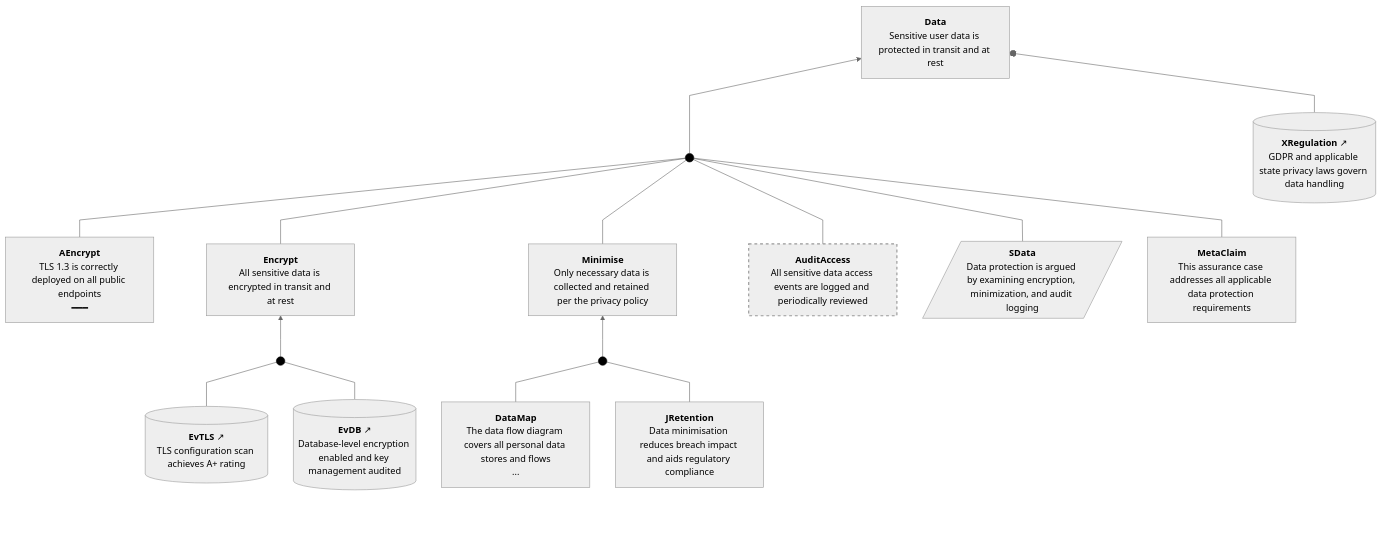
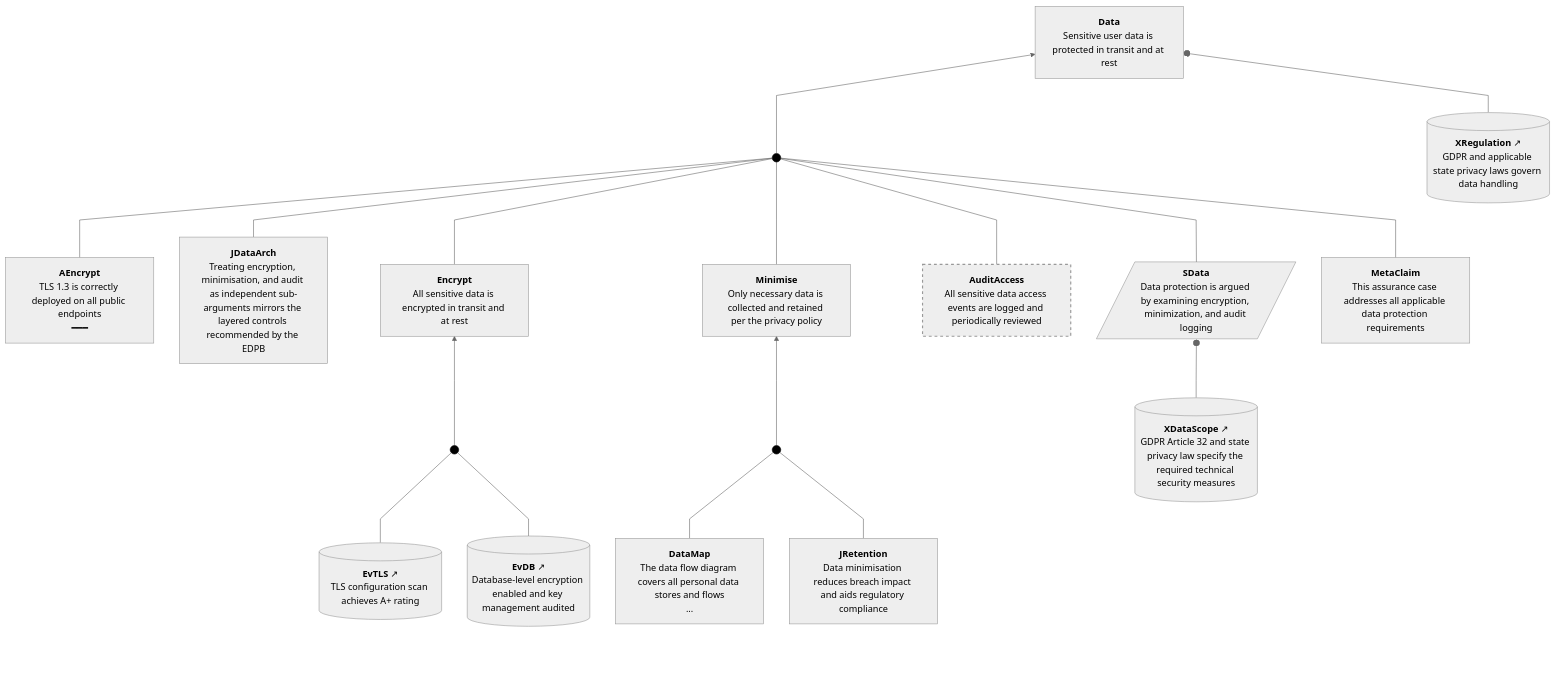
Before and after one commit to david-a-wheeler/caseproc: the third of 12 diagrams in tests/fixtures/demo-output.expected.md, drawn with Mermaid. The commit also changed other lines of this file and 3 other files, not shown here.

First line of the commit message:
Add GSN side-by-side rendering for Strategy Context/Justification children

````diff
--- a/tests/fixtures/demo-output.expected.md
+++ b/tests/fixtures/demo-output.expected.md
@@ -147,68 +159,75 @@
 ```mermaid
 ---
 config:
   theme: neutral
   flowchart:
     curve: linear
     htmlLabels: true
     rankSpacing: 60
     nodeSpacing: 45
     padding: 15
 ---
 flowchart BT
     classDef invisible opacity:0
     classDef sacmDot fill:#000,stroke:#000
     classDef connector fill:none,stroke:#cccccc,stroke-width:1px;
     classDef abstractClaim stroke-width:2px,stroke-dasharray: 5 5;
     Data["<b>Data</b><br>Sensitive user data is protected in transit and at rest"]
     XRegulation[("<b>XRegulation</b>&nbsp;↗<br>GDPR and applicable state privacy laws govern data handling")]
     AEncrypt["<b>AEncrypt</b><br>TLS 1.3 is correctly deployed on all public endpoints<br>━━━"]
     SData[/"<b>SData</b><br>Data protection is argued by examining encryption, minimization, and audit logging"/]
     MetaClaim["<b>MetaClaim</b><br>This assurance case addresses all applicable data protection requirements"]
+    XDataScope[("<b>XDataScope</b>&nbsp;↗<br>GDPR Article 32 and state privacy law specify the required technical security measures")]
+    JDataArch["<b>JDataArch</b><br>Treating encryption, minimisation, and audit as independent sub-arguments mirrors the layered controls recommended by the EDPB"]
     Encrypt["<b>Encrypt</b><br>All sensitive data is encrypted in transit and at rest"]
     Minimise["<b>Minimise</b><br>Only necessary data is collected and retained per the privacy policy"]
     AuditAccess["<b>AuditAccess</b><br>All sensitive data access events are logged and periodically reviewed"]:::abstractClaim
     EvTLS[("<b>EvTLS</b>&nbsp;↗<br>TLS configuration scan achieves A+ rating")]
     EvDB[("<b>EvDB</b>&nbsp;↗<br>Database-level encryption enabled and key management audited")]
     DataMap["<b>DataMap</b><br>The data flow diagram covers all personal data stores and flows<br>..."]
     JRetention["<b>JRetention</b><br>Data minimisation reduces breach impact and aids regulatory compliance"]
     Dot1((" ")):::sacmDot
     Dot2((" ")):::sacmDot
     Dot3((" ")):::sacmDot
     click Data "https://github.com/david-a-wheeler/verocase/blob/main/tests/fixtures/demo-output.expected.md#claim-data"
     click XRegulation "https://github.com/david-a-wheeler/verocase/blob/main/tests/fixtures/demo-output.expected.md#context-xregulation"
     click AEncrypt "https://github.com/david-a-wheeler/verocase/blob/main/tests/fixtures/demo-output.expected.md#claim-aencrypt"
     click SData "https://github.com/david-a-wheeler/verocase/blob/main/tests/fixtures/demo-output.expected.md#strategy-sdata"
     click MetaClaim "https://github.com/david-a-wheeler/verocase/blob/main/tests/fixtures/demo-output.expected.md#claim-metaclaim"
+    click XDataScope "https://github.com/david-a-wheeler/verocase/blob/main/tests/fixtures/demo-output.expected.md#context-xdatascope"
+    click JDataArch "https://github.com/david-a-wheeler/verocase/blob/main/tests/fixtures/demo-output.expected.md#justification-jdataarch"
     click Encrypt "https://github.com/david-a-wheeler/verocase/blob/main/tests/fixtures/demo-output.expected.md#claim-encrypt"
     click Minimise "https://github.com/david-a-wheeler/verocase/blob/main/tests/fixtures/demo-output.expected.md#claim-minimise"
     click AuditAccess "https://github.com/david-a-wheeler/verocase/blob/main/tests/fixtures/demo-output.expected.md#claim-auditaccess"
     click EvTLS "https://github.com/david-a-wheeler/verocase/blob/main/tests/fixtures/demo-output.expected.md#evidence-evtls"
     click EvDB "https://github.com/david-a-wheeler/verocase/blob/main/tests/fixtures/demo-output.expected.md#evidence-evdb"
     click DataMap "https://github.com/david-a-wheeler/verocase/blob/main/tests/fixtures/demo-output.expected.md#claim-datamap"
     click JRetention "https://github.com/david-a-wheeler/verocase/blob/main/tests/fixtures/demo-output.expected.md#justification-jretention"
 
     BottomPadding[ ]:::invisible ~~~ XRegulation
     BottomPadding ~~~ AEncrypt
-    BottomPadding ~~~ SData
     BottomPadding ~~~ MetaClaim
+    BottomPadding ~~~ XDataScope
+    BottomPadding ~~~ JDataArch
     BottomPadding ~~~ AuditAccess
     BottomPadding ~~~ EvTLS
     BottomPadding ~~~ EvDB
     BottomPadding ~~~ DataMap
     BottomPadding ~~~ JRetention
     EvTLS --- Dot1
     EvDB --- Dot1
     Dot1 --> Encrypt
     DataMap --- Dot2
     JRetention --- Dot2
     Dot2 --> Minimise
     AEncrypt --- Dot3
+    JDataArch --- Dot3
     Encrypt --- Dot3
     Minimise --- Dot3
     AuditAccess --- Dot3
     SData --- Dot3
     MetaClaim --- Dot3
     Dot3 --> Data
     XRegulation --o Data
+    XDataScope --o SData
 ```
````
